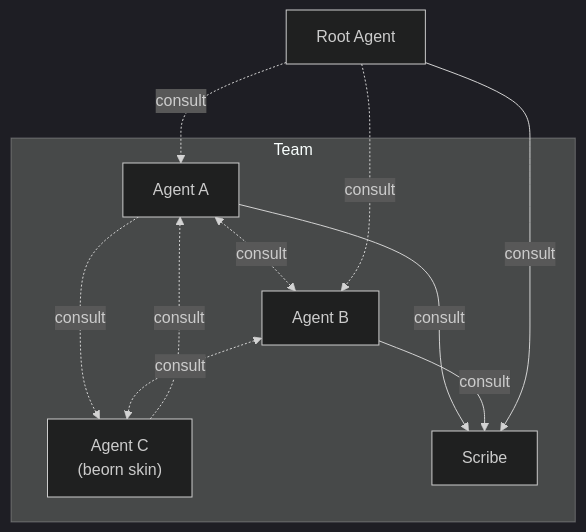
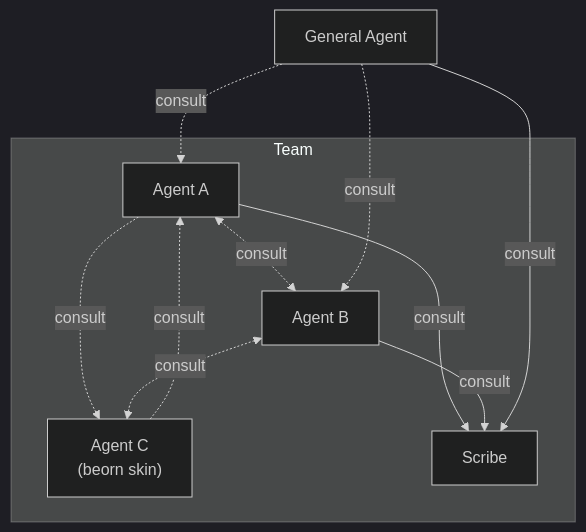
One commit to Kord96/kordinate changed the diagram in docs/framework/overview.md. Above: the diagram before and after it, drawn with Mermaid (dark theme). The commit also changed other lines of this file and 8 other files, not shown here.

Commit message:
Docs: fix stale references — commands→skills, Root→General, remove index.md, .mcp.json

````diff
--- a/docs/framework/overview.md
+++ b/docs/framework/overview.md
@@ -3,17 +3,17 @@
 ```mermaid
 flowchart TB
-    ROOT[Root Agent]
+    GENERAL[General Agent]
 
     subgraph team[Team]
         A1[Agent A] <-.->|consult| A2[Agent B]
         A1 -.->|consult| A3["Agent C\n(beorn skin)"]
         A3 -.->|consult| A1
         A2 <-.->|consult| A3
         A1 -->|consult| SC[Scribe]
         A2 -->|consult| SC
     end
 
-    ROOT -.->|consult| A1
-    ROOT -.->|consult| A2
-    ROOT -->|consult| SC
+    GENERAL -.->|consult| A1
+    GENERAL -.->|consult| A2
+    GENERAL -->|consult| SC
 ```
````
